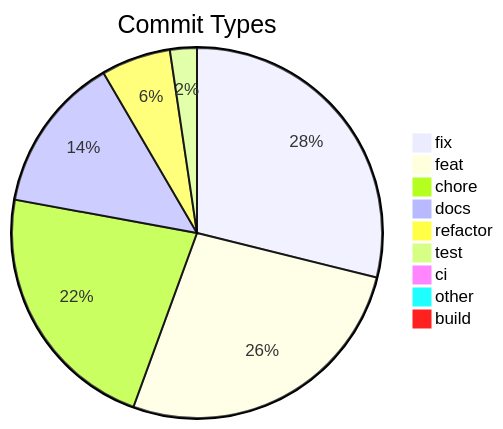
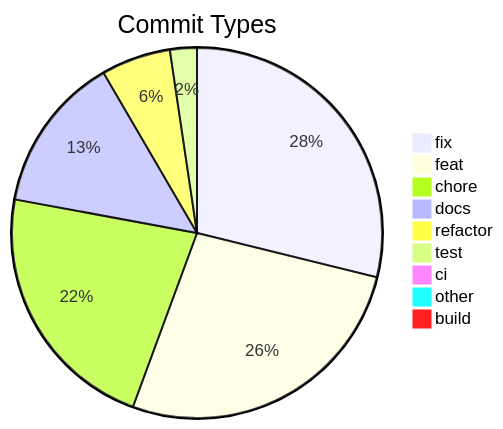
Before and after one commit to svenroth-ai/shipwright: the diagram in .shipwright/compliance/change-history.md, drawn with Mermaid. The commit also changed other lines of this file and 13 other files, not shown here.

````diff
--- a/.shipwright/compliance/change-history.md
+++ b/.shipwright/compliance/change-history.md
@@ -8,12 +8,12 @@
 ```mermaid
 pie title Commit Types
     "fix" : 295
-    "feat" : 273
+    "feat" : 274
     "chore" : 228
     "docs" : 140
     "refactor" : 62
     "test" : 24
     "ci" : 7
     "other" : 7
     "build" : 1
 ```
````
